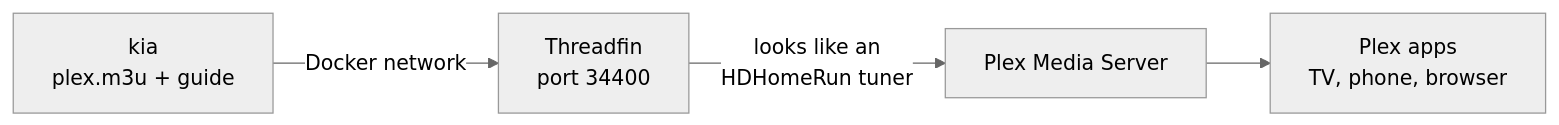
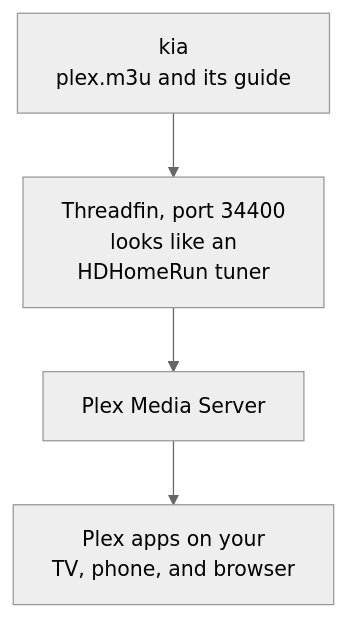
The first of 2 diagrams in docs/plex.md (southsidedean/kodi-iptv-assistant), drawn with Mermaid (neutral theme) before and after one commit. The commit also changed other lines of this file and 4 other files, not shown here.

First line of the commit message:
Docs: diagrams that read well on GitHub, light and dark (#57)

````diff
--- a/docs/plex.md
+++ b/docs/plex.md
@@ -7,6 +7,6 @@
 ```mermaid
-flowchart LR
-  kia["kia<br>plex.m3u + guide"] -- "Docker network" --> tf["Threadfin<br>port 34400"]
-  tf -- "looks like an<br>HDHomeRun tuner" --> pms["Plex Media Server"]
-  pms --> apps["Plex apps<br>TV, phone, browser"]
+flowchart TB
+  kia["kia<br>plex.m3u and its guide"] --> tf["Threadfin, port 34400<br>looks like an<br>HDHomeRun tuner"]
+  tf --> pms["Plex Media Server"]
+  pms --> apps["Plex apps on your<br>TV, phone, and browser"]
 ```
````
